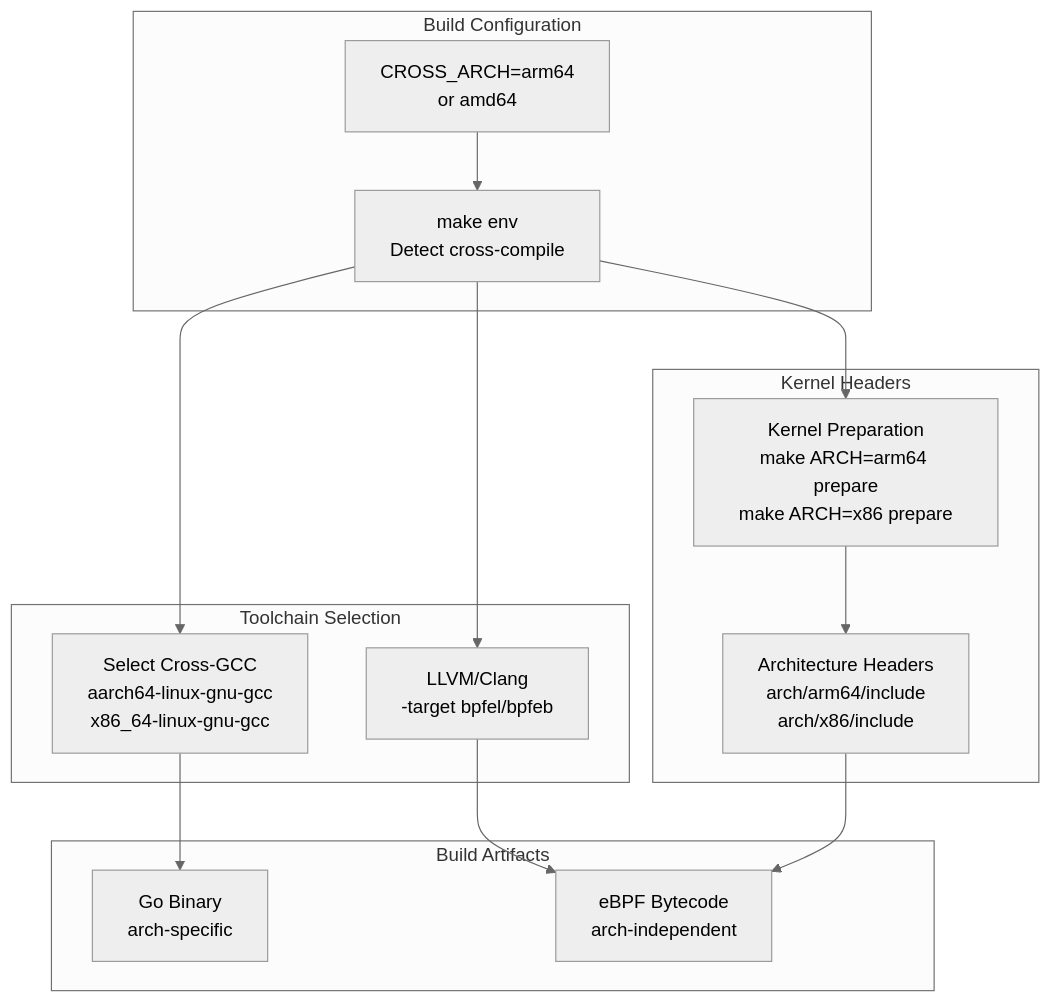
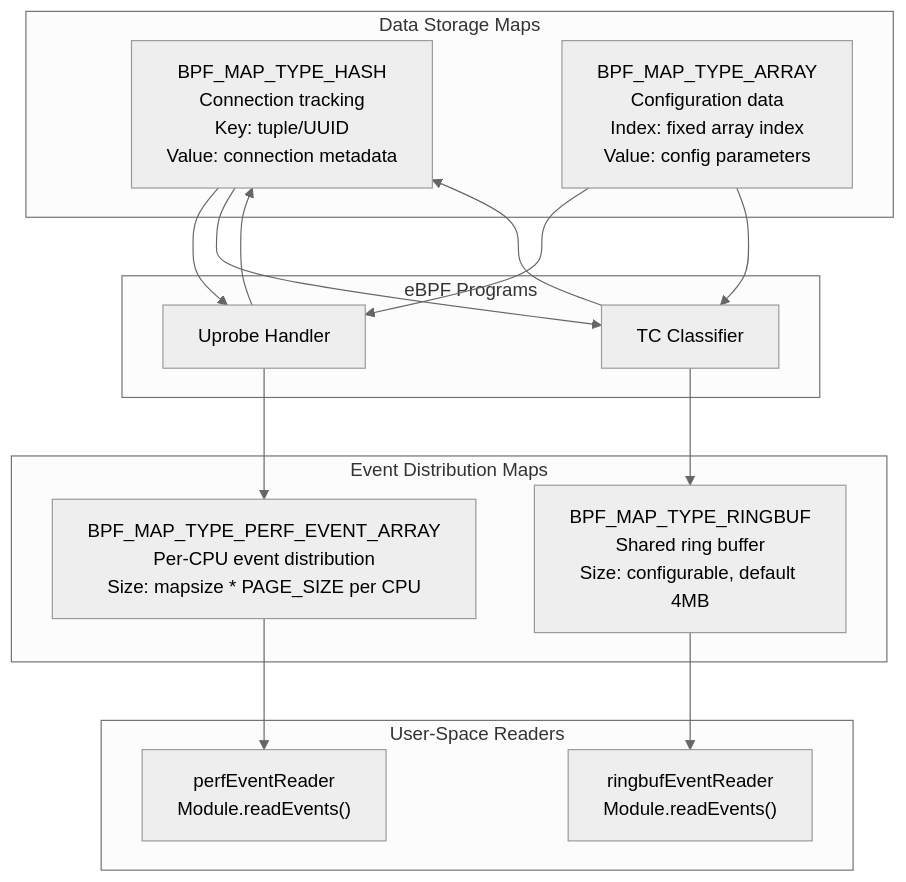
Before and after one commit to gojue/ecapture.cc: the eighth of 11 diagrams in src/en/2-architecture/2.1-ebpf-engine.md, drawn with Mermaid (neutral theme). The commit also changed other lines of this file and 70 other files, not shown here.

Commit message:
feat: update sidebar and navigation links for architecture and shell command auditing sections

````diff
--- a/src/en/2-architecture/2.1-ebpf-engine.md
+++ b/src/en/2-architecture/2.1-ebpf-engine.md
@@ -695,32 +438,35 @@
 ```mermaid
 graph TB
-    subgraph "Build Configuration"
-        CROSS_VAR["CROSS_ARCH=arm64<br/>or amd64"]
-        MAKE_ENV["make env<br/>Detect cross-compile"]
+    subgraph "Event Distribution Maps"
+        PerfArray["BPF_MAP_TYPE_PERF_EVENT_ARRAY<br/>Per-CPU event distribution<br/>Size: mapsize * PAGE_SIZE per CPU"]
+        RingBuf["BPF_MAP_TYPE_RINGBUF<br/>Shared ring buffer<br/>Size: configurable, default 4MB"]
     end
     
-    subgraph "Toolchain Selection"
-        GCC_SELECT["Select Cross-GCC<br/>aarch64-linux-gnu-gcc<br/>x86_64-linux-gnu-gcc"]
-        CLANG["LLVM/Clang<br/>-target bpfel/bpfeb"]
+    subgraph "Data Storage Maps"
+        HashMap["BPF_MAP_TYPE_HASH<br/>Connection tracking<br/>Key: tuple/UUID<br/>Value: connection metadata"]
+        ArrayMap["BPF_MAP_TYPE_ARRAY<br/>Configuration data<br/>Index: fixed array index<br/>Value: config parameters"]
     end
     
-    subgraph "Kernel Headers"
-        KERN_PREP["Kernel Preparation<br/>make ARCH=arm64 prepare<br/>make ARCH=x86 prepare"]
-        HEADERS["Architecture Headers<br/>arch/arm64/include<br/>arch/x86/include"]
+    subgraph "User-Space Readers"
+        PerfReader["perfEventReader<br/>Module.readEvents()"]
+        RingReader["ringbufEventReader<br/>Module.readEvents()"]
     end
     
-    subgraph "Build Artifacts"
-        EBPF["eBPF Bytecode<br/>arch-independent"]
-        BINARY["Go Binary<br/>arch-specific"]
+    subgraph "eBPF Programs"
+        UprobeProgram[Uprobe Handler]
+        TCProgram[TC Classifier]
     end
     
-    CROSS_VAR --> MAKE_ENV
-    MAKE_ENV --> GCC_SELECT
-    MAKE_ENV --> CLANG
-    MAKE_ENV --> KERN_PREP
+    UprobeProgram --> PerfArray
+    UprobeProgram --> HashMap
+    TCProgram --> RingBuf
+    TCProgram --> HashMap
     
-    KERN_PREP --> HEADERS
-    GCC_SELECT --> BINARY
-    CLANG --> EBPF
-    HEADERS --> EBPF
+    PerfArray --> PerfReader
+    RingBuf --> RingReader
+    
+    HashMap --> UprobeProgram
+    HashMap --> TCProgram
+    ArrayMap --> UprobeProgram
+    ArrayMap --> TCProgram
 ```
````
